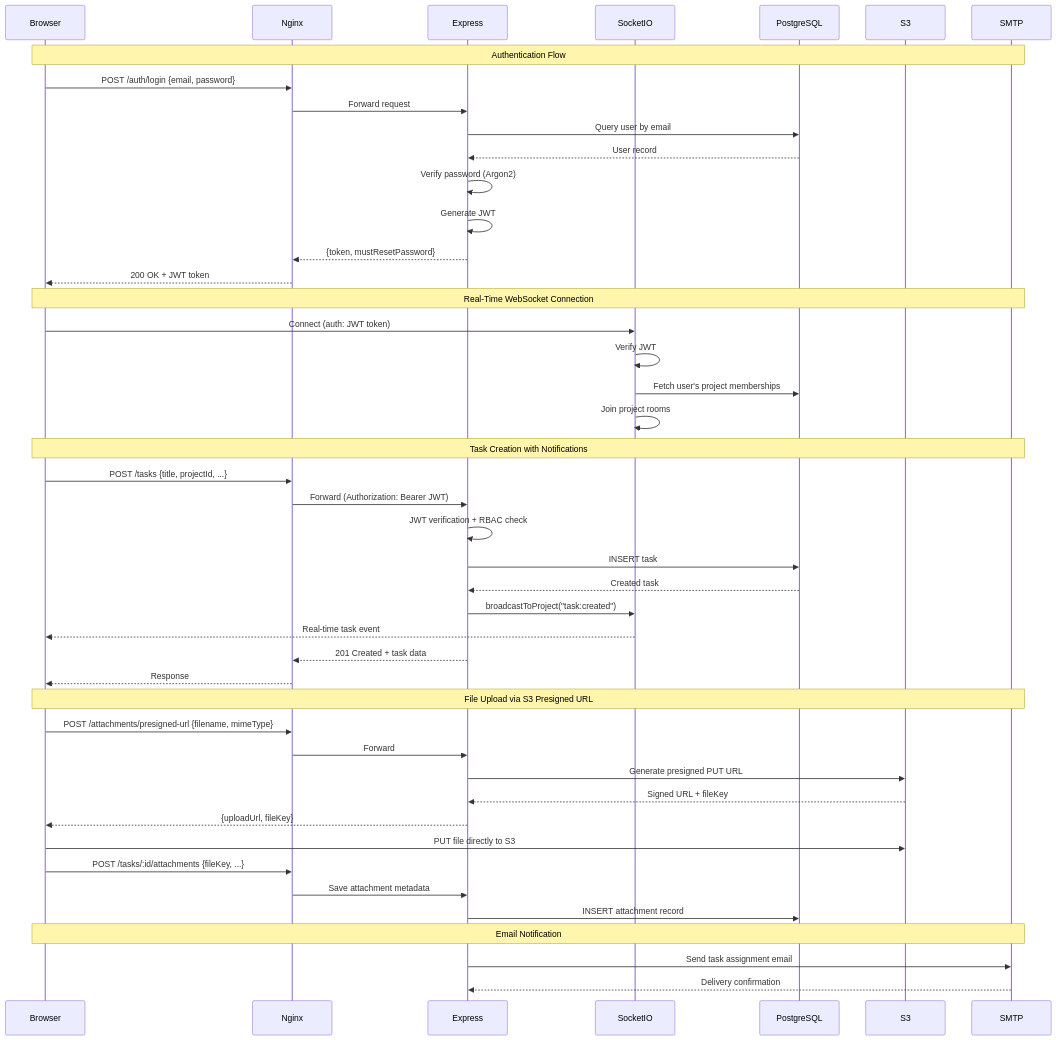
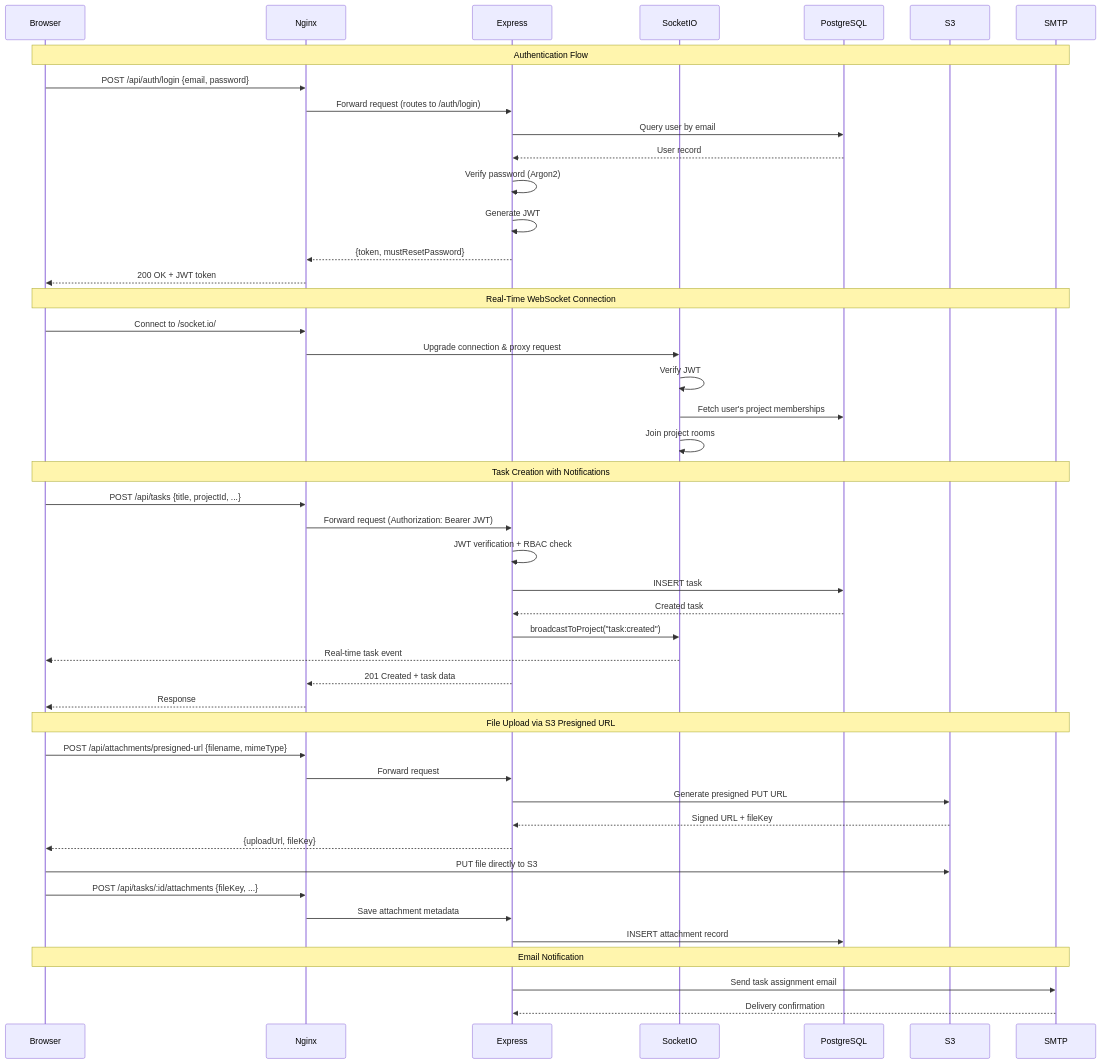
One commit to sivapalanluxsihan/nexTask changed the third of 4 diagrams in docs/deployment-diagram.md. Above: the diagram before and after it, drawn with Mermaid. The commit also changed other lines of this file and 13 other files, not shown here.

````diff
--- a/docs/deployment-diagram.md
+++ b/docs/deployment-diagram.md
@@ -98,52 +111,53 @@
 ```mermaid
 sequenceDiagram
     participant Browser
     participant Nginx
     participant Express
     participant SocketIO
     participant PostgreSQL
     participant S3
     participant SMTP
 
     Note over Browser, SMTP: Authentication Flow
-    Browser->>Nginx: POST /auth/login {email, password}
-    Nginx->>Express: Forward request
+    Browser->>Nginx: POST /api/auth/login {email, password}
+    Nginx->>Express: Forward request (routes to /auth/login)
     Express->>PostgreSQL: Query user by email
     PostgreSQL-->>Express: User record
     Express->>Express: Verify password (Argon2)
     Express->>Express: Generate JWT
     Express-->>Nginx: {token, mustResetPassword}
     Nginx-->>Browser: 200 OK + JWT token
 
     Note over Browser, SMTP: Real-Time WebSocket Connection
-    Browser->>SocketIO: Connect (auth: JWT token)
+    Browser->>Nginx: Connect to /socket.io/
+    Nginx->>SocketIO: Upgrade connection & proxy request
     SocketIO->>SocketIO: Verify JWT
     SocketIO->>PostgreSQL: Fetch user's project memberships
     SocketIO->>SocketIO: Join project rooms
 
     Note over Browser, SMTP: Task Creation with Notifications
-    Browser->>Nginx: POST /tasks {title, projectId, ...}
-    Nginx->>Express: Forward (Authorization: Bearer JWT)
+    Browser->>Nginx: POST /api/tasks {title, projectId, ...}
+    Nginx->>Express: Forward request (Authorization: Bearer JWT)
     Express->>Express: JWT verification + RBAC check
     Express->>PostgreSQL: INSERT task
     PostgreSQL-->>Express: Created task
     Express->>SocketIO: broadcastToProject("task:created")
     SocketIO-->>Browser: Real-time task event
     Express-->>Nginx: 201 Created + task data
     Nginx-->>Browser: Response
 
     Note over Browser, SMTP: File Upload via S3 Presigned URL
-    Browser->>Nginx: POST /attachments/presigned-url {filename, mimeType}
-    Nginx->>Express: Forward
+    Browser->>Nginx: POST /api/attachments/presigned-url {filename, mimeType}
+    Nginx->>Express: Forward request
     Express->>S3: Generate presigned PUT URL
     S3-->>Express: Signed URL + fileKey
     Express-->>Browser: {uploadUrl, fileKey}
     Browser->>S3: PUT file directly to S3
-    Browser->>Nginx: POST /tasks/:id/attachments {fileKey, ...}
+    Browser->>Nginx: POST /api/tasks/:id/attachments {fileKey, ...}
     Nginx->>Express: Save attachment metadata
     Express->>PostgreSQL: INSERT attachment record
 
     Note over Browser, SMTP: Email Notification
     Express->>SMTP: Send task assignment email
     SMTP-->>Express: Delivery confirmation
 ```
````
